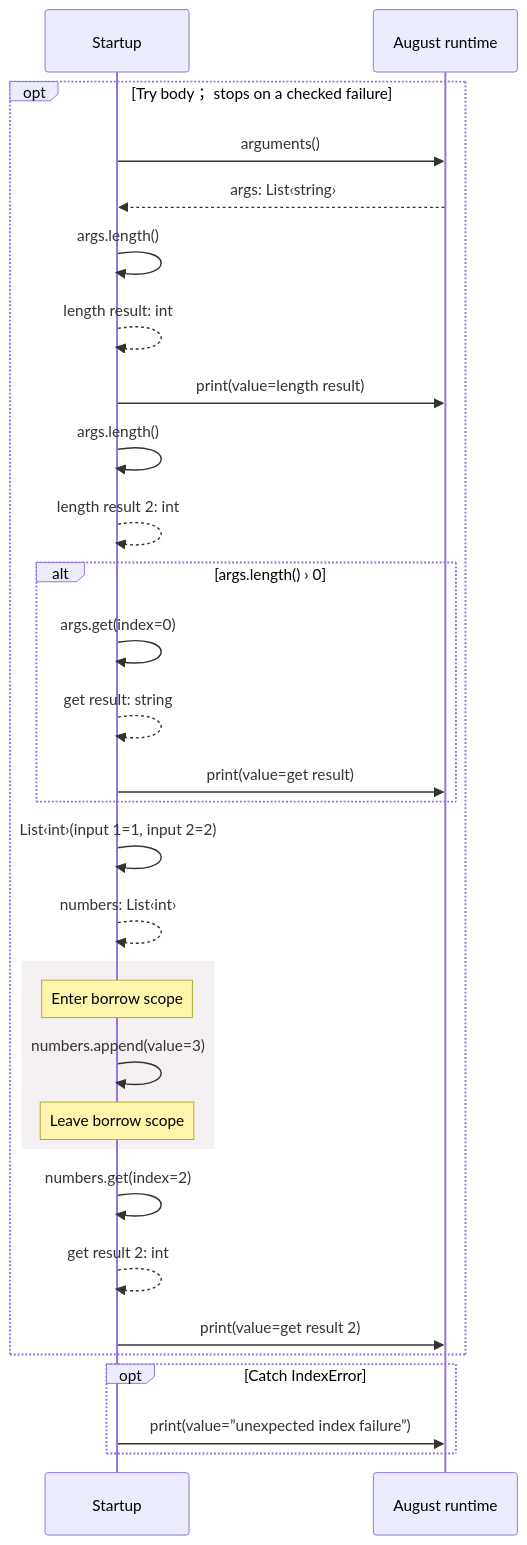
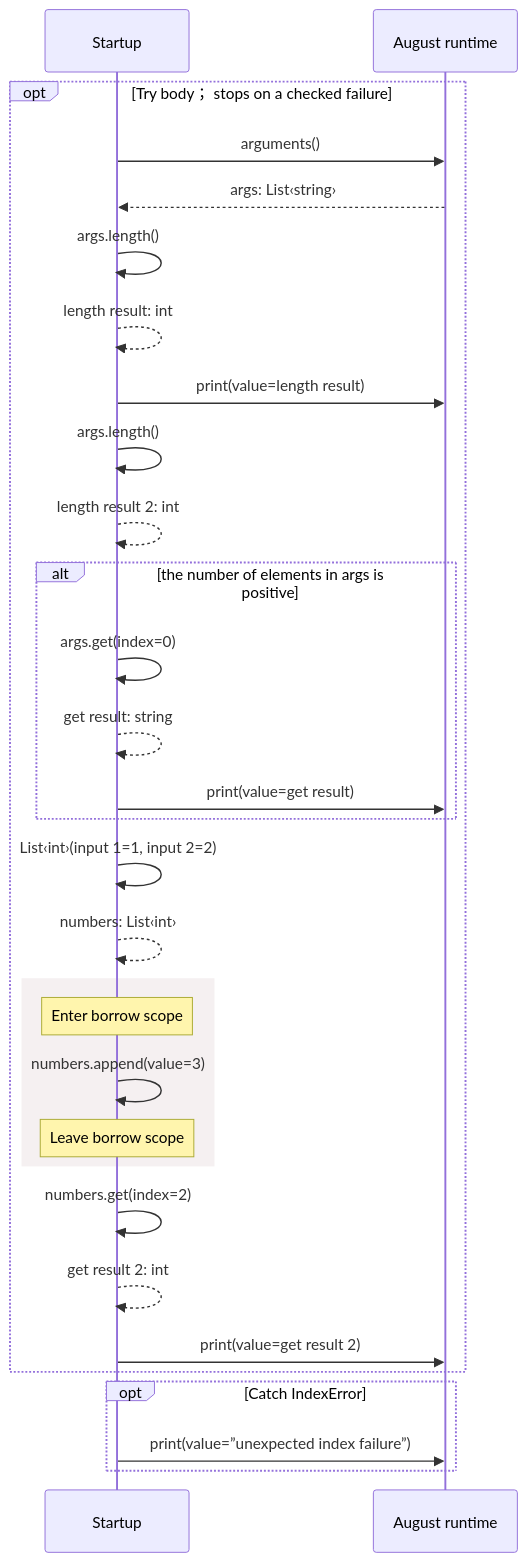
One commit to GreenPandaStudios/augscript changed the diagram in docs/examples/cli-args/main-diagrams.md. Above: the diagram before and after it, drawn with Mermaid. The commit also changed 658 other files, not shown here.

````diff
--- a/docs/examples/cli-args/main-diagrams.md
+++ b/docs/examples/cli-args/main-diagrams.md
@@ -28,32 +28,32 @@
 ```mermaid
 sequenceDiagram
     participant p0 as Startup
     participant p1 as August runtime
     opt Try body； stops on a checked failure
     p0->>p1: arguments()
     p1-->>p0: args: List‹string›
     p0->>p0: args.length()
     p0-->>p0: length result: int
     p0->>p1: print(value=length result)
     p0->>p0: args.length()
     p0-->>p0: length result 2: int
-    alt args.length() › 0
+    alt the number of elements in args is positive
     p0->>p0: args.get(index=0)
     p0-->>p0: get result: string
     p0->>p1: print(value=get result)
     end
     p0->>p0: List‹int›(input 1=1, input 2=2)
     p0-->>p0: numbers: List‹int›
     rect rgb(245, 240, 241)
     Note over p0: Enter borrow scope
     p0->>p0: numbers.append(value=3)
     Note over p0: Leave borrow scope
     end
     p0->>p0: numbers.get(index=2)
     p0-->>p0: get result 2: int
     p0->>p1: print(value=get result 2)
     end
     opt Catch IndexError
     p0->>p1: print(value=”unexpected index failure”)
     end
 ```
````
